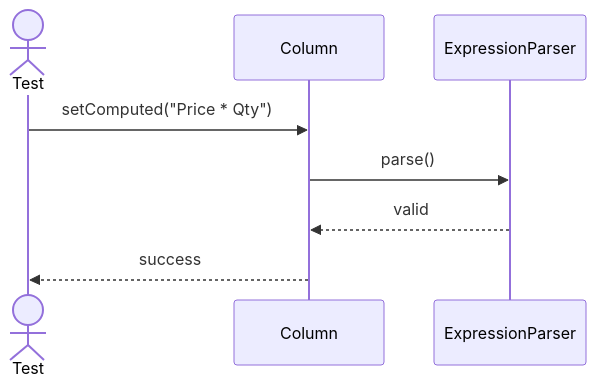
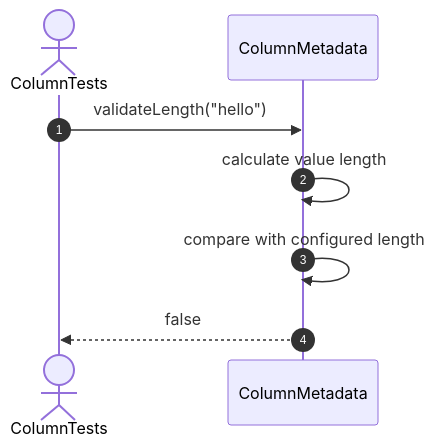
Diagram 14 of 18 in src/tests/unit/metadata/sequences/columns-testing.se.md (FhuAnn/-bbv-AN-s-DBMS), drawn with Mermaid before and after one commit. The commit also changed other lines of this file and 60 other files, not shown here.

Commit message:
refactor data table, row, column, constraint, index test file

````diff
--- a/src/tests/unit/metadata/sequences/columns-testing.se.md
+++ b/src/tests/unit/metadata/sequences/columns-testing.se.md
@@ -244,14 +204,11 @@
 ```mermaid
 sequenceDiagram
-actor Test
-participant Column
-participant ExpressionParser
+    autonumber
+    actor Test as ColumnTests
+    participant Column as ColumnMetadata
 
-Test->>Column: setComputed("Price * Qty")
-
-Column->>ExpressionParser: parse()
-
-ExpressionParser-->>Column: valid
-
-Column-->>Test: success
+    Test->>Column: validateLength("hello")
+    Column->>Column: calculate value length
+    Column->>Column: compare with configured length
+    Column-->>Test: false
 ```
````
